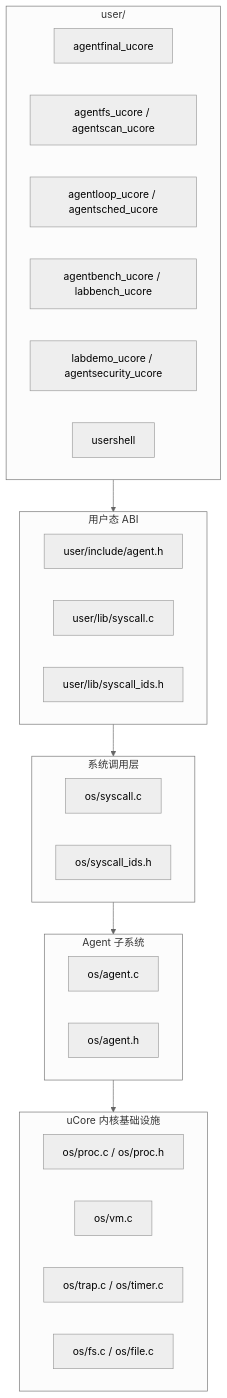
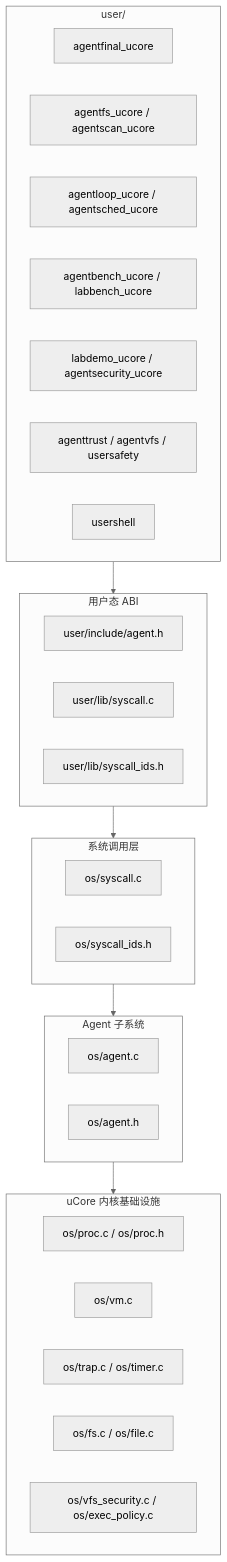
The second of 11 diagrams in docs/agentos/design.md (yushugulao/Agent-OS), drawn with Mermaid (neutral theme) before and after one commit. The commit also changed other lines of this file and 18 other files, not shown here.

````diff
--- a/docs/agentos/design.md
+++ b/docs/agentos/design.md
@@ -110,31 +116,33 @@
 ```mermaid
 flowchart TB
     subgraph User["user/"]
         U1["agentfinal_ucore"]
         U2["agentfs_ucore / agentscan_ucore"]
         U3["agentloop_ucore / agentsched_ucore"]
         U4["agentbench_ucore / labbench_ucore"]
         U5["labdemo_ucore / agentsecurity_ucore"]
-        U6["usershell"]
+        U6["agenttrust / agentvfs / usersafety"]
+        U7["usershell"]
     end
     subgraph ABI["用户态 ABI"]
         A1["user/include/agent.h"]
         A2["user/lib/syscall.c"]
         A3["user/lib/syscall_ids.h"]
     end
     subgraph Sys["系统调用层"]
         S1["os/syscall.c"]
         S2["os/syscall_ids.h"]
     end
     subgraph Agent["Agent 子系统"]
         K1["os/agent.c"]
         K2["os/agent.h"]
     end
     subgraph Kernel["uCore 内核基础设施"]
         P1["os/proc.c / os/proc.h"]
         V1["os/vm.c"]
         T1["os/trap.c / os/timer.c"]
         F1["os/fs.c / os/file.c"]
+        V2["os/vfs_security.c / os/exec_policy.c"]
     end
     User --> ABI --> Sys --> Agent --> Kernel
 ```
````
